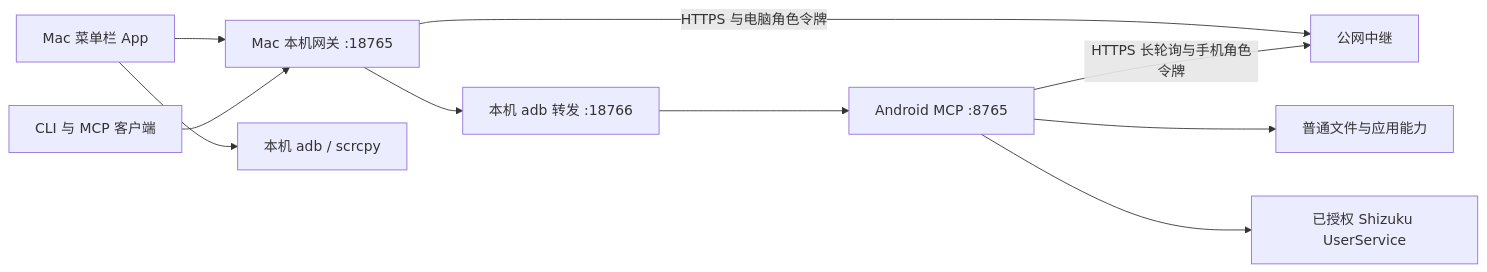
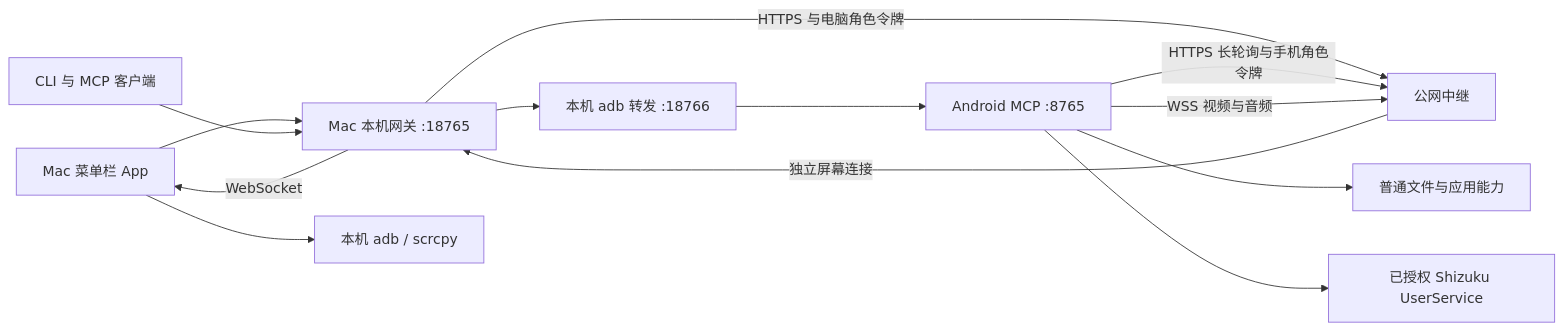
The diagram in docs/architecture.md (qx0657/phone-station), drawn with Mermaid before and after one commit. The commit also changed other lines of this file and 52 other files, not shown here.

````diff
--- a/docs/architecture.md
+++ b/docs/architecture.md
@@ -5,12 +5,15 @@
 ```mermaid
 flowchart LR
   App[Mac 菜单栏 App] --> Gateway[Mac 本机网关 :18765]
   CLI[CLI 与 MCP 客户端] --> Gateway
   Gateway --> Forward[本机 adb 转发 :18766]
   Forward --> Phone[Android MCP :8765]
   Gateway -->|HTTPS 与电脑角色令牌| Relay[公网中继]
   Phone -->|HTTPS 长轮询与手机角色令牌| Relay
   Phone --> Files[普通文件与应用能力]
   Phone --> Shizuku[已授权 Shizuku UserService]
   App --> ADB[本机 adb / scrcpy]
+  Phone -->|WSS 视频与音频| Relay
+  Relay -->|独立屏幕连接| Gateway
+  Gateway -->|WebSocket| App
 ```
````
